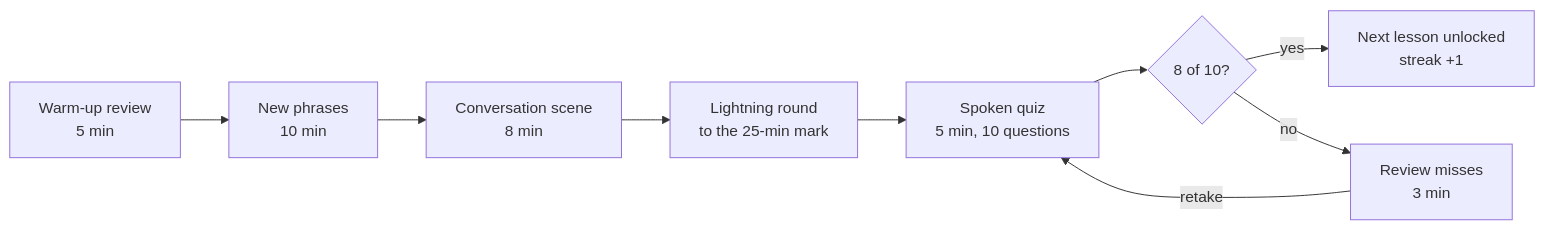
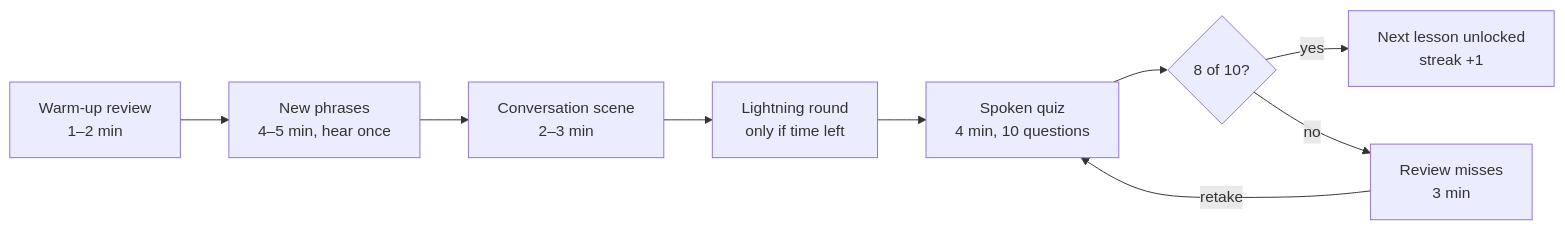
One commit to satyarami/spanish-coach changed the diagram in REQUIREMENTS.md. Above: the diagram before and after it, drawn with Mermaid. The commit also changed other lines of this file, not shown here.

````diff
--- a/REQUIREMENTS.md
+++ b/REQUIREMENTS.md
@@ -29,7 +29,7 @@
 ```mermaid
 flowchart LR
-  A[Warm-up review<br/>5 min] --> B[New phrases<br/>10 min] --> C[Conversation scene<br/>8 min] --> D[Lightning round<br/>to the 25-min mark] --> E[Spoken quiz<br/>5 min, 10 questions]
+  A[Warm-up review<br/>1–2 min] --> B[New phrases<br/>4–5 min, hear once] --> C[Conversation scene<br/>2–3 min] --> D[Lightning round<br/>only if time left] --> E[Spoken quiz<br/>4 min, 10 questions]
   E --> F{8 of 10?}
   F -- yes --> G[Next lesson unlocked<br/>streak +1]
   F -- no --> H[Review misses<br/>3 min] -- retake --> E
 ```
````
